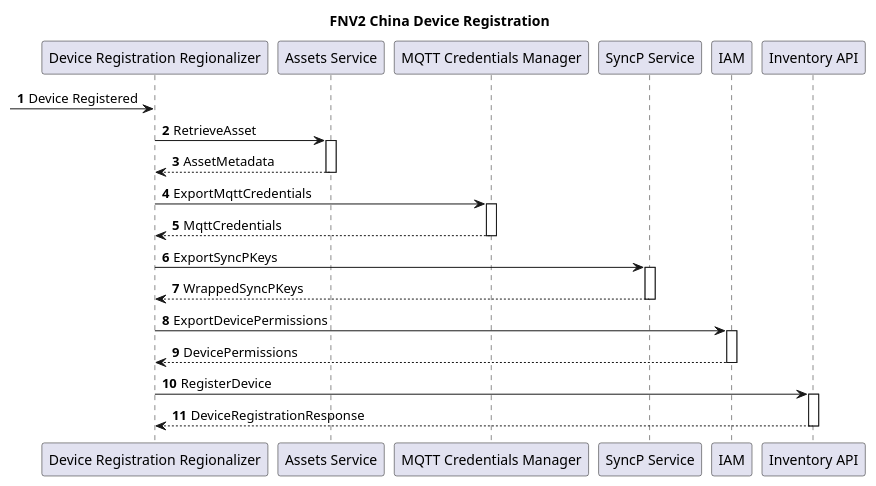
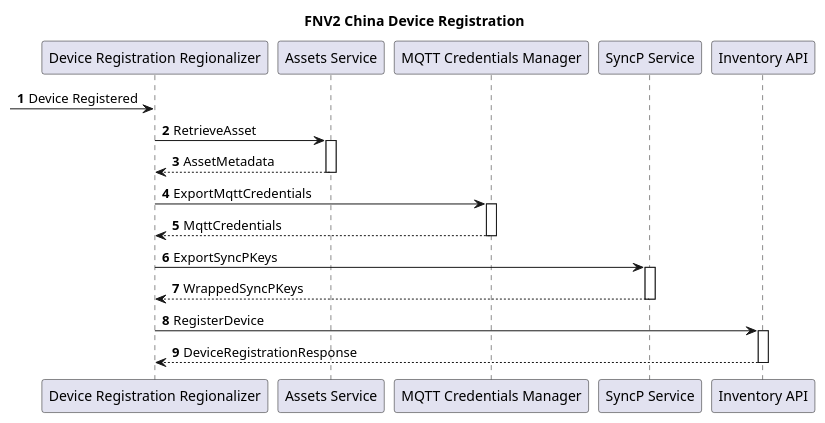
Before and after one commit to markprotas-autonomic/fnv2-provisioning-puml: the diagram in fnv2-china-registration.puml, drawn with PlantUML.

Commit message:
Removed IAM and permissions export

```diff
--- a/fnv2-china-registration.puml
+++ b/fnv2-china-registration.puml
@@ -1,30 +1,26 @@
 @startuml
 autonumber
 
 
 title FNV2 China Device Registration
 
 participant "Device Registration Regionalizer" as drr
 participant "Assets Service" as assets
 participant "MQTT Credentials Manager" as credman
 participant "SyncP Service" as syncp
-participant "IAM" as iam
 participant "Inventory API" as inv
 
 [-> drr: Device Registered
 
 drr -> assets ++: RetrieveAsset
 return AssetMetadata
 
 drr -> credman ++: ExportMqttCredentials 
 return MqttCredentials
 
 drr -> syncp ++: ExportSyncPKeys
 return WrappedSyncPKeys
 
-drr -> iam ++: ExportDevicePermissions
-return DevicePermissions
-
 drr -> inv ++: RegisterDevice
 return DeviceRegistrationResponse
 @enduml
```
